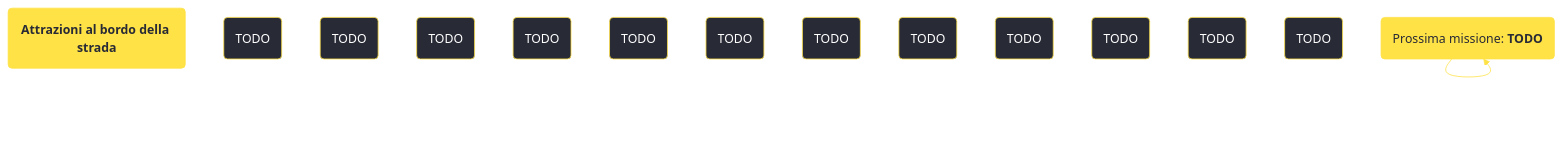
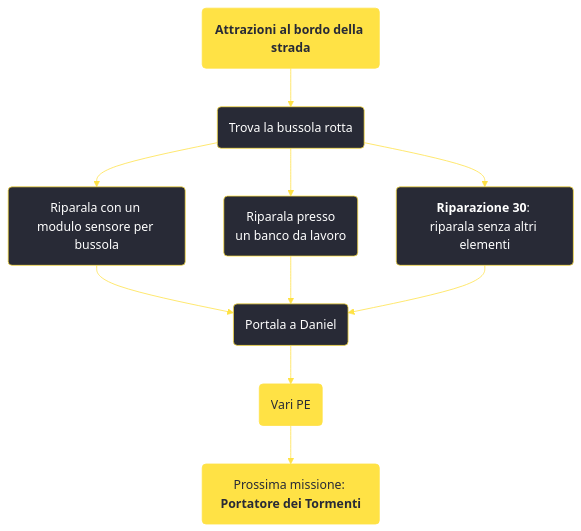
The diagram in content/voci/fallout new vegas/missioni/Attrazioni al bordo della strada.md (persy/wastelander), drawn with Mermaid before and after one commit. The commit also changed 174 other files, not shown here.

````diff
--- a/content/voci/fallout new vegas/missioni/Attrazioni al bordo della strada.md
+++ b/content/voci/fallout new vegas/missioni/Attrazioni al bordo della strada.md
@@ -32,24 +32,17 @@
 ```mermaid
 %%{init: {'theme': 'base', 'themeVariables': { 'primaryColor': '#282a36', 'primaryBorderColor': '#ffe245', 'primaryTextColor': '#fff', 'lineColor': '#ffe245', 'fontFamily': 'Jura'}}}%%
 graph TD;
     id1(<b>Attrazioni al bordo della strada</b>):::questfnv
-    id2(TODO)
-    id3(TODO)
-    id4(TODO)
-    id5(TODO)
-    id6(TODO)
-    id7(TODO) 
-    id8(TODO)
-    id9(TODO)
-    id10(TODO)
-    id11(TODO)
-    id12(TODO)
-    id13(TODO) 
-    id(TODO):::rewardfnv
-    id(Prossima missione: <b>TODO</b>):::questfnv
-    id-->id-->id-->id-->id-->id-->id
+    id2(Trova la bussola rotta)
+    id3(Riparala con un <br />modulo sensore per bussola)
+    id4(Riparala presso <br />un banco da lavoro)
+    id5(<b>Riparazione 30</b>: <br />riparala senza altri elementi)
+    id6(Portala a Daniel)
+    id7(Vari PE):::rewardfnv
+    id8(Prossima missione: <b>Portatore dei Tormenti</b>):::questfnv
+    id1-->id2-->id3 & id4 & id5-->id6-->id7-->id8
     
-    click id "../TODO"
+    click id8 "../portatore-di-tormenti"
     classDef rewardfnv fill:#ffe245, stroke:#ffe245, color:#282a36;
     classDef questfnv fill:#ffe245, stroke:#ffe245, color:#282a36;
 ```
````
